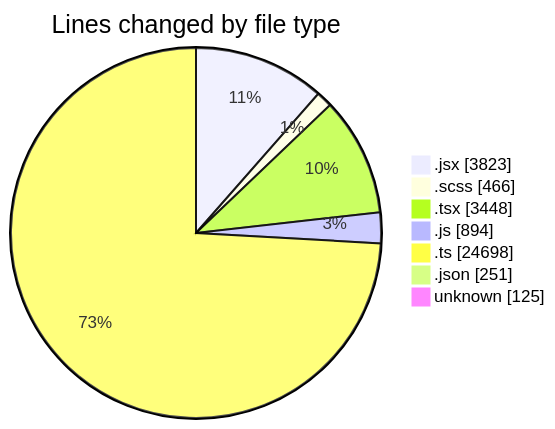
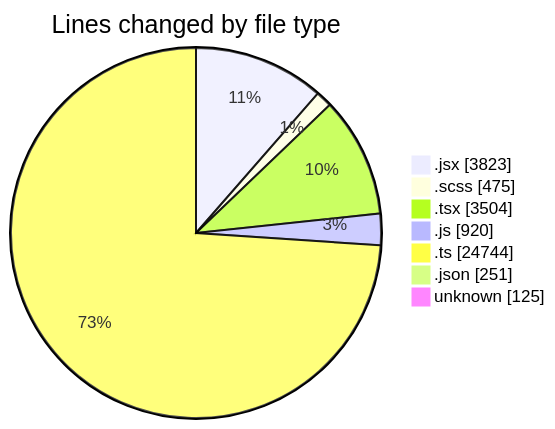
Before and after one commit to momahboobian/code-tracking: the first of 2 diagrams in 2026-09-02/cda/README.md, drawn with Mermaid. The commit also changed other lines of this file and 1 other file, not shown here.

````diff
--- a/2026-09-02/cda/README.md
+++ b/2026-09-02/cda/README.md
@@ -77,11 +77,11 @@
 ```mermaid
 pie showData
 title Lines changed by file type
 ".jsx" : 3823
-".scss" : 466
-".tsx" : 3448
-".js" : 894
-".ts" : 24698
+".scss" : 475
+".tsx" : 3504
+".js" : 920
+".ts" : 24744
 ".json" : 251
 "unknown" : 125
 ```
````
